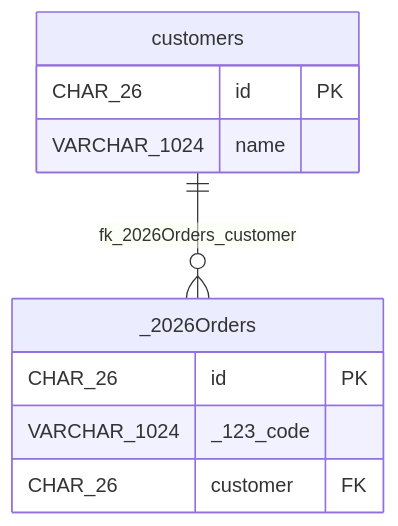
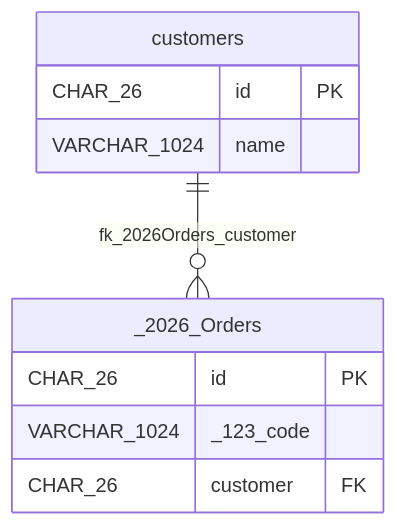
Before and after one commit to techspikes/spike-kit-dev: the diagram in test/commands/tables-doc/fixtures/markdown/online-shop-mermaid-identifier-sanitization.md, drawn with Mermaid. The commit also changed other lines of this file and 24 other files, not shown here.

````diff
--- a/test/commands/tables-doc/fixtures/markdown/online-shop-mermaid-identifier-sanitization.md
+++ b/test/commands/tables-doc/fixtures/markdown/online-shop-mermaid-identifier-sanitization.md
@@ -66,13 +66,13 @@
 ```mermaid
 erDiagram
   customers {
     CHAR_26 id PK
     VARCHAR_1024 name
   }
-  _2026Orders {
+  _2026_Orders {
     CHAR_26 id PK
     VARCHAR_1024 _123_code
     CHAR_26 customer FK
   }
-  customers ||--o{ _2026Orders : fk_2026Orders_customer
+  customers ||--o{ _2026_Orders : fk_2026Orders_customer
 ```
````
